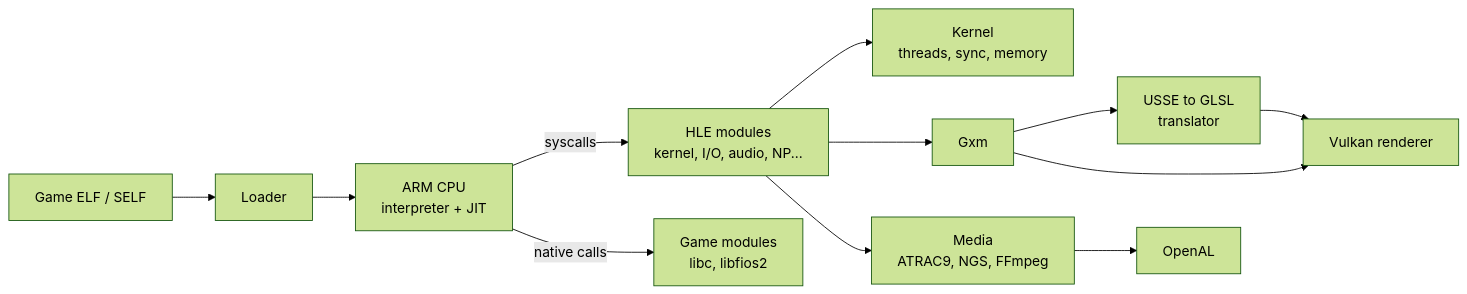
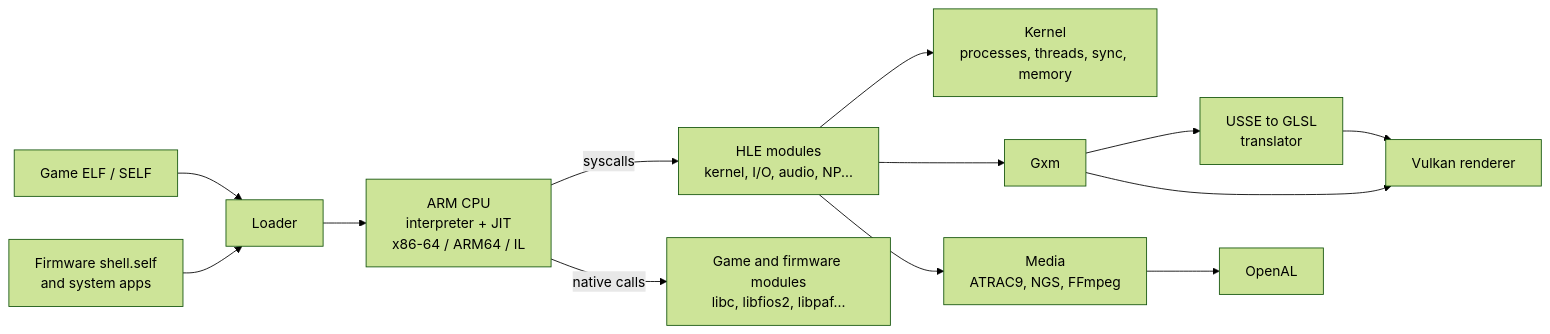
The diagram in README.md (guilhermerochas/VitaSharp), drawn with Mermaid (forest theme) before and after one commit. The commit also changed other lines of this file and 38 other files, not shown here.

First line of the commit message:
docs: overhaul README with game and PS Vita system screenshots

````diff
--- a/README.md
+++ b/README.md
@@ -436,14 +642,15 @@
 ```mermaid
 flowchart LR
     Game[Game ELF / SELF] --> Loader
-    Loader --> CPU[ARM CPU<br/>interpreter + JIT]
+    Shell[Firmware shell.self<br/>and system apps] --> Loader
+    Loader --> CPU[ARM CPU<br/>interpreter + JIT<br/>x86-64 / ARM64 / IL]
     CPU -- syscalls --> HLE[HLE modules<br/>kernel, I/O, audio, NP...]
-    CPU -- native calls --> LLE[Game modules<br/>libc, libfios2]
-    HLE --> Kernel[Kernel<br/>threads, sync, memory]
+    CPU -- native calls --> LLE[Game and firmware modules<br/>libc, libfios2, libpaf...]
+    HLE --> Kernel[Kernel<br/>processes, threads, sync, memory]
     HLE --> Gxm[Gxm]
     Gxm --> Shader[USSE to GLSL<br/>translator]
     Gxm --> Vulkan[Vulkan renderer]
     Shader --> Vulkan
     HLE --> Media[Media<br/>ATRAC9, NGS, FFmpeg]
     Media --> OpenAL
 ```
````
